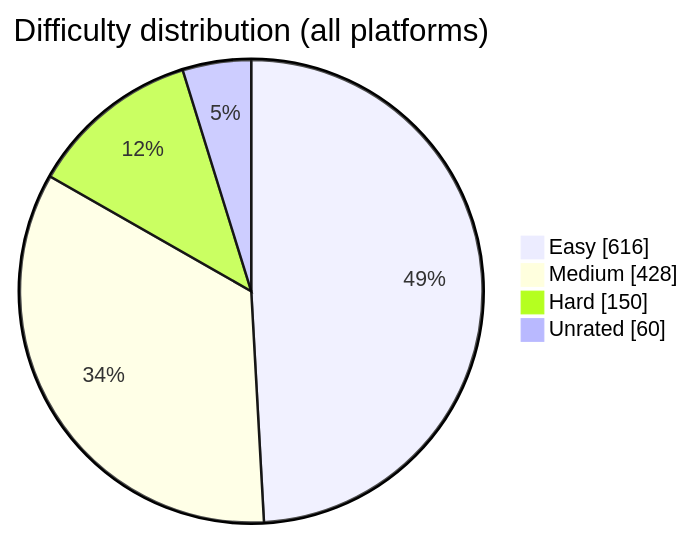
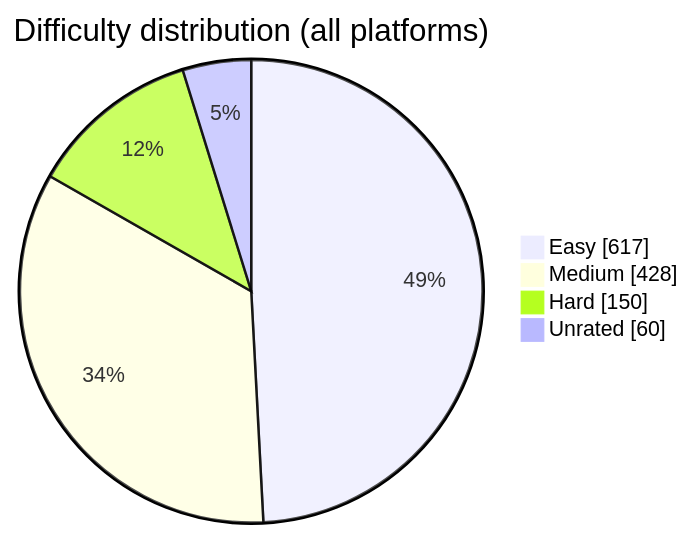
The diagram in README.md (BuildbyArindam/Daily-Coding-Log), drawn with Mermaid before and after one commit. The commit also changed other lines of this file, not shown here.

````diff
--- a/README.md
+++ b/README.md
@@ -93,7 +93,7 @@
 ```mermaid
 pie showData title Difficulty distribution (all platforms)
-    "Easy" : 616
+    "Easy" : 617
     "Medium" : 428
     "Hard" : 150
     "Unrated" : 60
 ```
````
